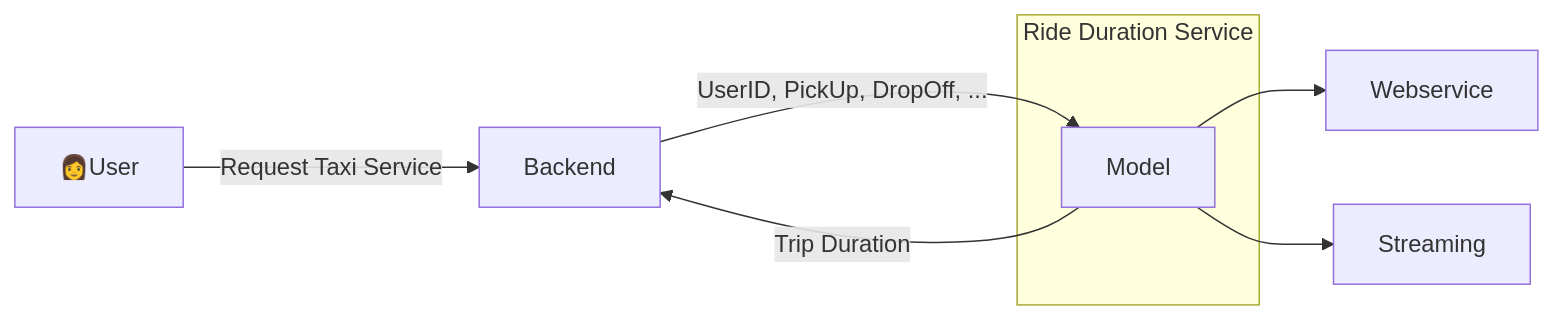
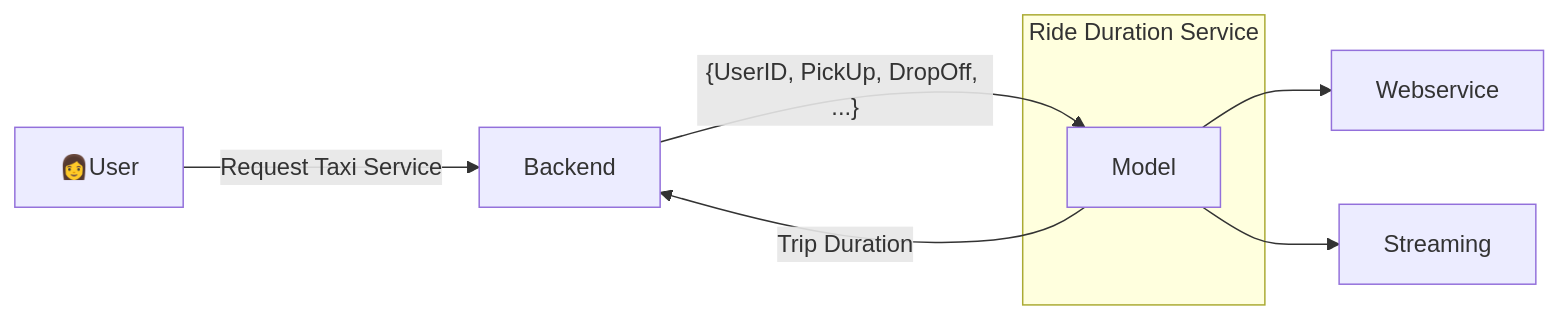
Before and after one commit to mossdet/mlops-dlp: the second of 2 diagrams in week04/README.md, drawn with Mermaid.

````diff
--- a/week04/README.md
+++ b/week04/README.md
@@ -25,15 +25,15 @@
 ```mermaid
 graph LR
     classDef sub opacity:0
     classDef note fill:#ffd, stroke:#ccb
 
     User[👩User]--> |Request Taxi Service| Backend[Backend]
-    Backend--> |"UserID, PickUp, DropOff, ..."| Model["Model"]
+    Backend--> |"{UserID, PickUp, DropOff, ...}"| Model["Model"]
     Model--> |"Trip Duration"| Backend
     Model--> WebService[Webservice]
     Model--> Streaming[Streaming]
 
     subgraph subRideDurationService ["Ride Duration Service "]
         Model
     end
 ```
````
